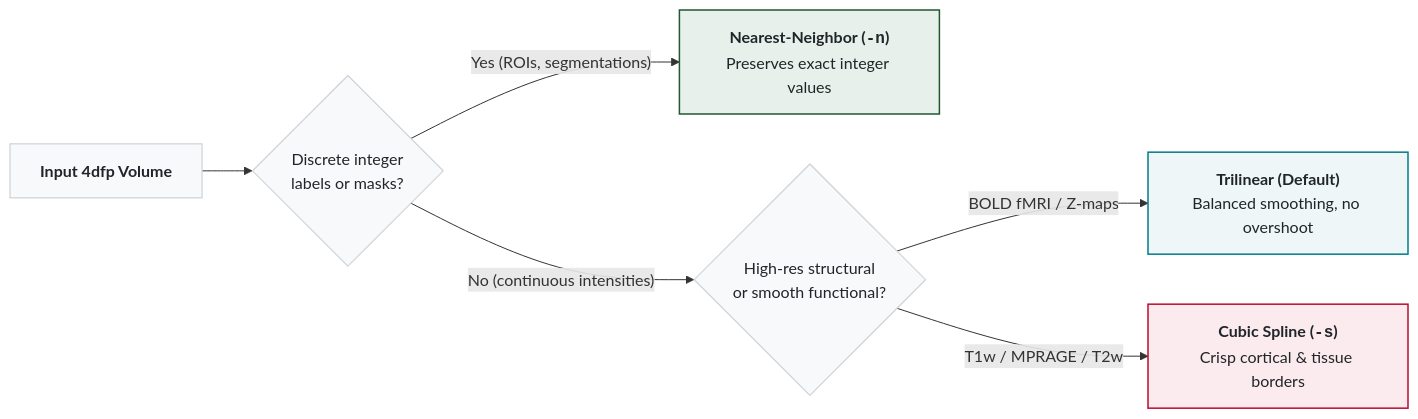
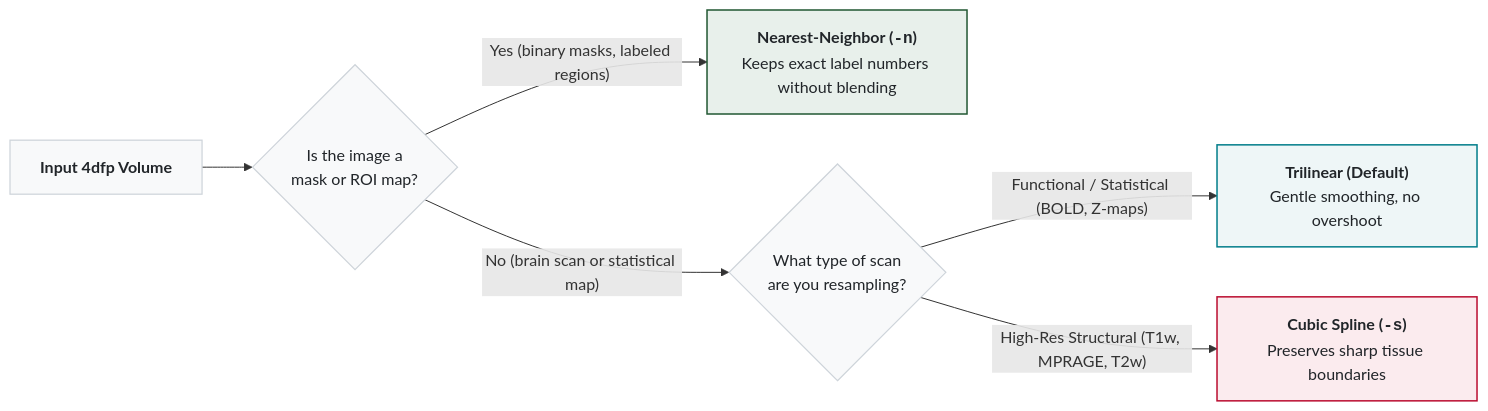
The diagram in docs/tools/spatial_registration_and_transforms/t4img_4dfp.rst (WashU-NIL-RC-Computational-Core/4dfp-docs), drawn with Mermaid before and after one commit. The commit also changed other lines of this file and 5 other files, not shown here.

```diff
--- a/docs/tools/spatial_registration_and_transforms/t4img_4dfp.rst
+++ b/docs/tools/spatial_registration_and_transforms/t4img_4dfp.rst
@@ -114,14 +90,14 @@
 .. mermaid::
    :align: center
 
    flowchart LR
        classDef neutral fill:#f8f9fa,stroke:#ced4da,stroke-width:1.25px,color:#212529
        classDef green fill:#e8f0eb,stroke:#215732,stroke-width:1.5px,color:#212529
        classDef teal fill:#eef6f7,stroke:#007D8A,stroke-width:1.5px,color:#212529
        classDef crimson fill:#fbebee,stroke:#BA0C2F,stroke-width:1.5px,color:#212529
 
-       START["<b>Input 4dfp Volume</b>"]:::neutral --> Q1{"Discrete integer<br/>labels or masks?"}:::neutral
-       Q1 -->|"Yes (ROIs, segmentations)"| OUT_N["<b>Nearest-Neighbor (<code>-n</code>)</b><br/>Preserves exact integer values"]:::green
-       Q1 -->|"No (continuous intensities)"| Q2{"High-res structural<br/>or smooth functional?"}:::neutral
-       Q2 -->|"BOLD fMRI / Z-maps"| OUT_DEF["<b>Trilinear (Default)</b><br/>Balanced smoothing, no overshoot"]:::teal
-       Q2 -->|"T1w / MPRAGE / T2w"| OUT_S["<b>Cubic Spline (<code>-s</code>)</b><br/>Crisp cortical & tissue borders"]:::crimson
+       START["<b>Input 4dfp Volume</b>"]:::neutral --> Q1{"Is the image a<br/>mask or ROI map?"}:::neutral
+       Q1 -->|"Yes (binary masks, labeled regions)"| OUT_N["<b>Nearest-Neighbor (<code>-n</code>)</b><br/>Keeps exact label numbers without blending"]:::green
+       Q1 -->|"No (brain scan or statistical map)"| Q2{"What type of scan<br/>are you resampling?"}:::neutral
+       Q2 -->|"Functional / Statistical (BOLD, Z-maps)"| OUT_DEF["<b>Trilinear (Default)</b><br/>Gentle smoothing, no overshoot"]:::teal
+       Q2 -->|"High-Res Structural (T1w, MPRAGE, T2w)"| OUT_S["<b>Cubic Spline (<code>-s</code>)</b><br/>Preserves sharp tissue boundaries"]:::crimson
```
